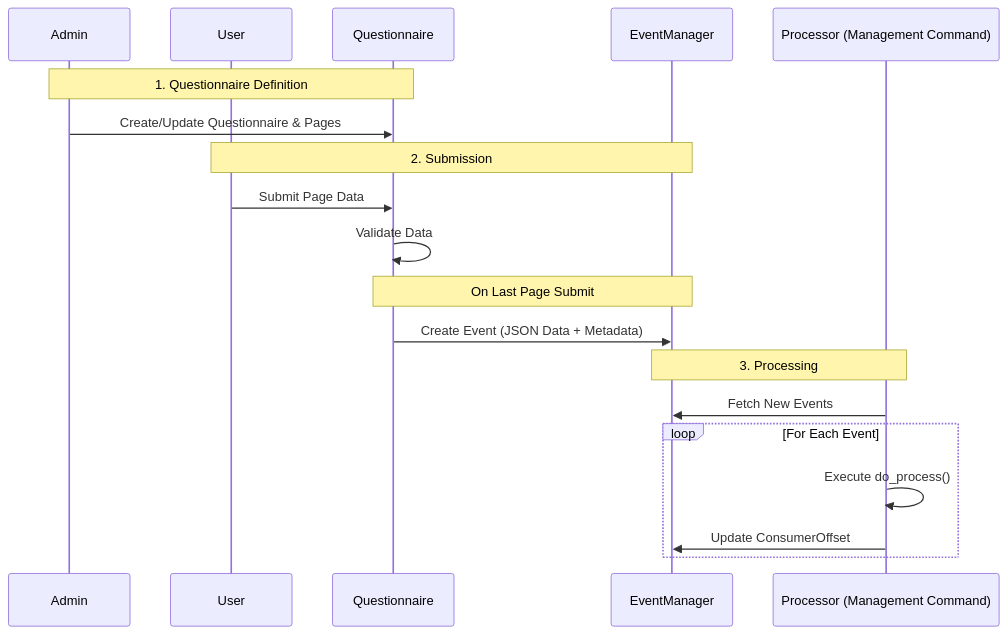
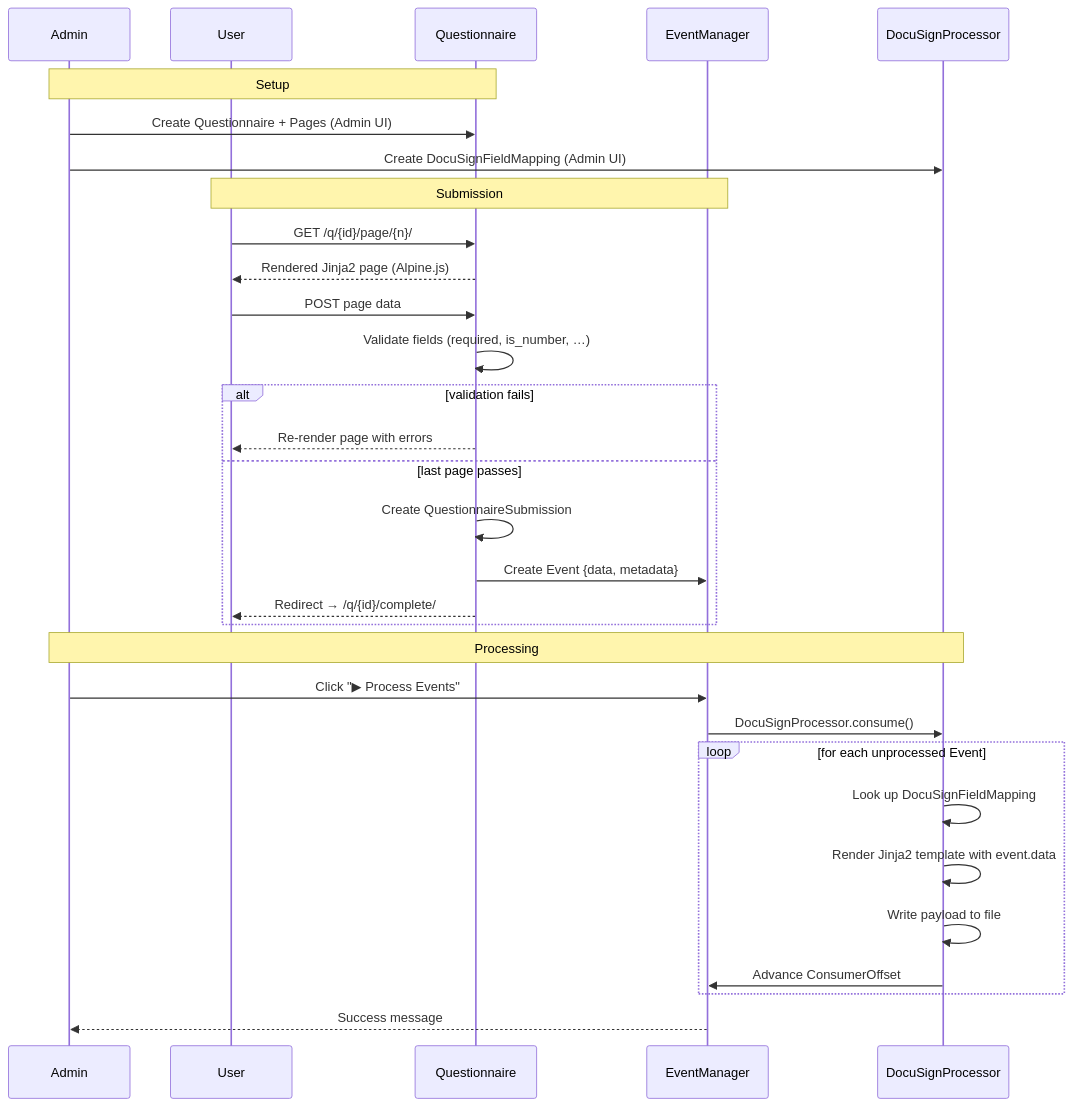
Before and after one commit to julzhk/FormEngine: the seventh of 7 diagrams in README.md, drawn with Mermaid. The commit also changed other lines of this file and 6 other files, not shown here.

Commit message:
add an admin button and a new template tag

````diff
--- a/README.md
+++ b/README.md
@@ -112,24 +216,36 @@
 ```mermaid
 sequenceDiagram
     participant Admin
     participant User
     participant Q as Questionnaire
     participant EM as EventManager
-    participant Proc as Processor (Management Command)
+    participant DS as DocuSignProcessor
 
-    Note over Admin, Q: 1. Questionnaire Definition
-    Admin->>Q: Create/Update Questionnaire & Pages
-    
-    Note over User, EM: 2. Submission
-    User->>Q: Submit Page Data
-    Q->>Q: Validate Data
-    Note over Q, EM: On Last Page Submit
-    Q->>EM: Create Event (JSON Data + Metadata)
-    
-    Note over Proc, EM: 3. Processing
-    Proc->>EM: Fetch New Events
-    loop For Each Event
-        Proc->>Proc: Execute do_process()
-        Proc->>EM: Update ConsumerOffset
+    Note over Admin,Q: Setup
+    Admin->>Q: Create Questionnaire + Pages (Admin UI)
+    Admin->>DS: Create DocuSignFieldMapping (Admin UI)
+
+    Note over User,EM: Submission
+    User->>Q: GET /q/{id}/page/{n}/
+    Q-->>User: Rendered Jinja2 page (Alpine.js)
+    User->>Q: POST page data
+    Q->>Q: Validate fields (required, is_number, …)
+    alt validation fails
+        Q-->>User: Re-render page with errors
+    else last page passes
+        Q->>Q: Create QuestionnaireSubmission
+        Q->>EM: Create Event {data, metadata}
+        Q-->>User: Redirect → /q/{id}/complete/
     end
+
+    Note over Admin,DS: Processing
+    Admin->>EM: Click "▶ Process Events"
+    EM->>DS: DocuSignProcessor.consume()
+    loop for each unprocessed Event
+        DS->>DS: Look up DocuSignFieldMapping
+        DS->>DS: Render Jinja2 template with event.data
+        DS->>DS: Write payload to file
+        DS->>EM: Advance ConsumerOffset
+    end
+    EM-->>Admin: Success message
 ```
````
